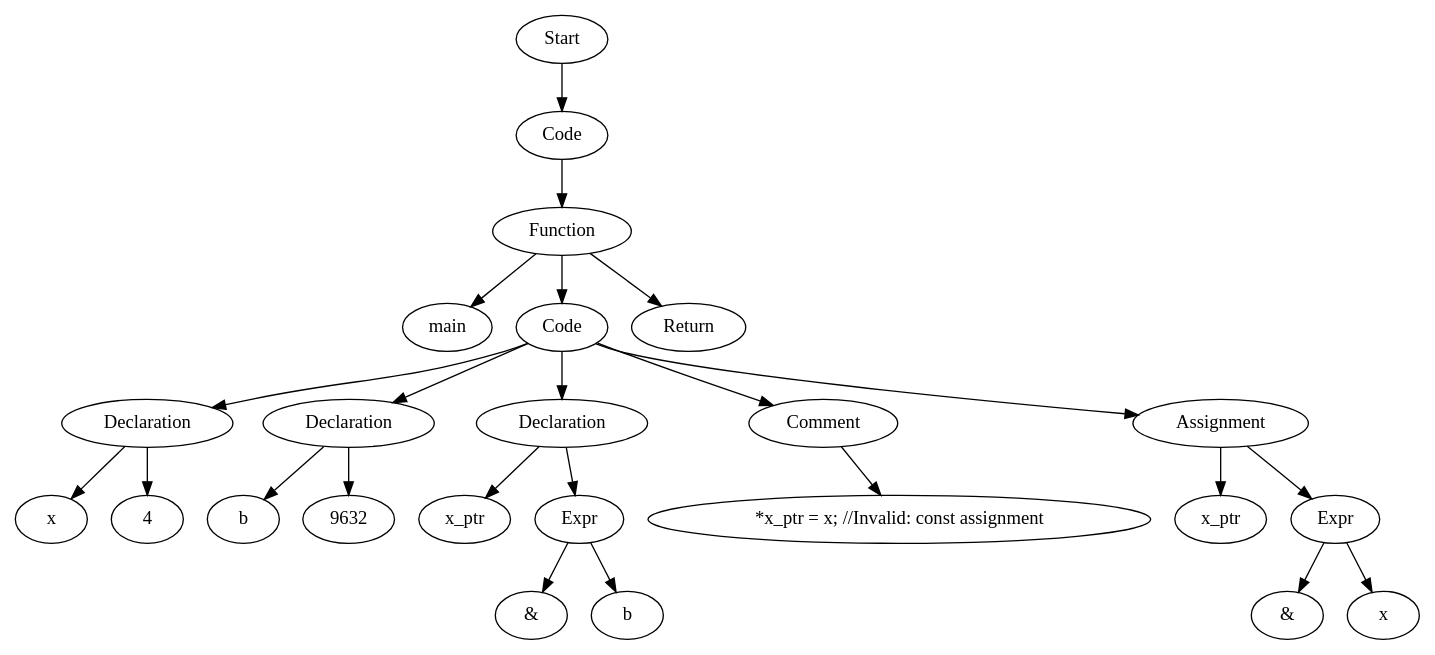
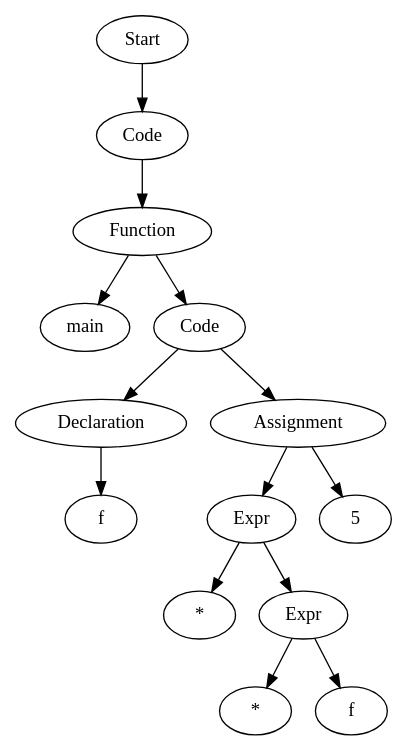
Before and after one commit to Are-you-listening/Compilers: the diagram in src/TestFiles/ASTTests/SemanticErrorsTests/CreateTests/read_file_before.dot, drawn with Graphviz. The commit also changed 12 other files, not shown here.

```diff
--- a/src/TestFiles/ASTTests/SemanticErrorsTests/CreateTests/read_file_before.dot
+++ b/src/TestFiles/ASTTests/SemanticErrorsTests/CreateTests/read_file_before.dot
@@ -1,49 +1,29 @@
 digraph AST {
-  "132792132975296" [label="Start"];
-  "132792132975296" -> "132792132974288";
-  "132792132974288" [label="Code"];
-  "132792132974288" -> "132792132974432";
-  "132792132974432" [label="Function"];
-  "132792132974432" -> "132792132975536";
-  "132792132974432" -> "132792132975632";
-  "132792132974432" -> "132792132971312";
-  "132792132975536" [label="main"];
-  "132792132975632" [label="Code"];
-  "132792132975632" -> "132792132974912";
-  "132792132975632" -> "132792132973664";
-  "132792132975632" -> "132792132971744";
-  "132792132975632" -> "132792132974144";
-  "132792132975632" -> "132792132976112";
-  "132792132974912" [label="Declaration"];
-  "132792132974912" -> "132792132974816";
-  "132792132974912" -> "132792132974576";
-  "132792132974816" [label="x"];
-  "132792132974576" [label="4"];
-  "132792132973664" [label="Declaration"];
-  "132792132973664" -> "132792132974192";
-  "132792132973664" -> "132792132973952";
-  "132792132974192" [label="b"];
-  "132792132973952" [label="9632"];
-  "132792132971744" [label="Declaration"];
-  "132792132971744" -> "132792132970112";
-  "132792132971744" -> "132792132975248";
-  "132792132970112" [label="x_ptr"];
-  "132792132975248" [label="Expr"];
-  "132792132975248" -> "132792132975488";
-  "132792132975248" -> "132792132976016";
-  "132792132975488" [label="&"];
-  "132792132976016" [label="b"];
-  "132792132974144" [label="Comment"];
-  "132792132974144" -> "132792133157600";
-  "132792133157600" [label="*x_ptr = x; //Invalid: const assignment"];
-  "132792132976112" [label="Assignment"];
-  "132792132976112" -> "132792132976256";
-  "132792132976112" -> "132792132976400";
-  "132792132976256" [label="x_ptr"];
-  "132792132976400" [label="Expr"];
-  "132792132976400" -> "132792132976496";
-  "132792132976400" -> "132792133157120";
-  "132792132976496" [label="&"];
-  "132792133157120" [label="x"];
-  "132792132971312" [label="Return"];
+  "138736406494080" [label="Start"];
+  "138736406494080" -> "138736406492592";
+  "138736406492592" [label="Code"];
+  "138736406492592" -> "138736406492784";
+  "138736406492784" [label="Function"];
+  "138736406492784" -> "138736406490960";
+  "138736406492784" -> "138736406493840";
+  "138736406490960" [label="main"];
+  "138736406493840" [label="Code"];
+  "138736406493840" -> "138736406491584";
+  "138736406493840" -> "138736406493072";
+  "138736406491584" [label="Declaration"];
+  "138736406491584" -> "138736406493024";
+  "138736406493024" [label="f"];
+  "138736406493072" [label="Assignment"];
+  "138736406493072" -> "138736406492256";
+  "138736406493072" -> "138736406492976";
+  "138736406492256" [label="Expr"];
+  "138736406492256" -> "138736406492304";
+  "138736406492256" -> "138736406490288";
+  "138736406492304" [label="*"];
+  "138736406490288" [label="Expr"];
+  "138736406490288" -> "138736406490816";
+  "138736406490288" -> "138736406492016";
+  "138736406490816" [label="*"];
+  "138736406492016" [label="f"];
+  "138736406492976" [label="5"];
 }
```
